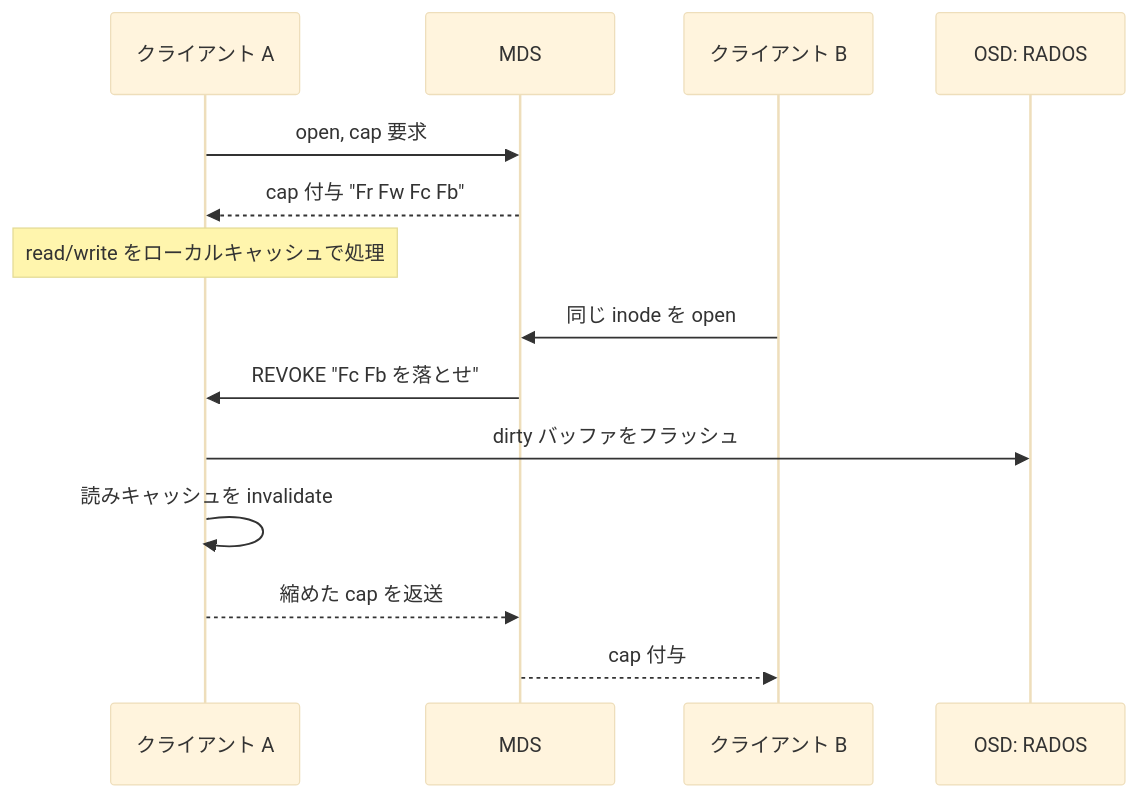
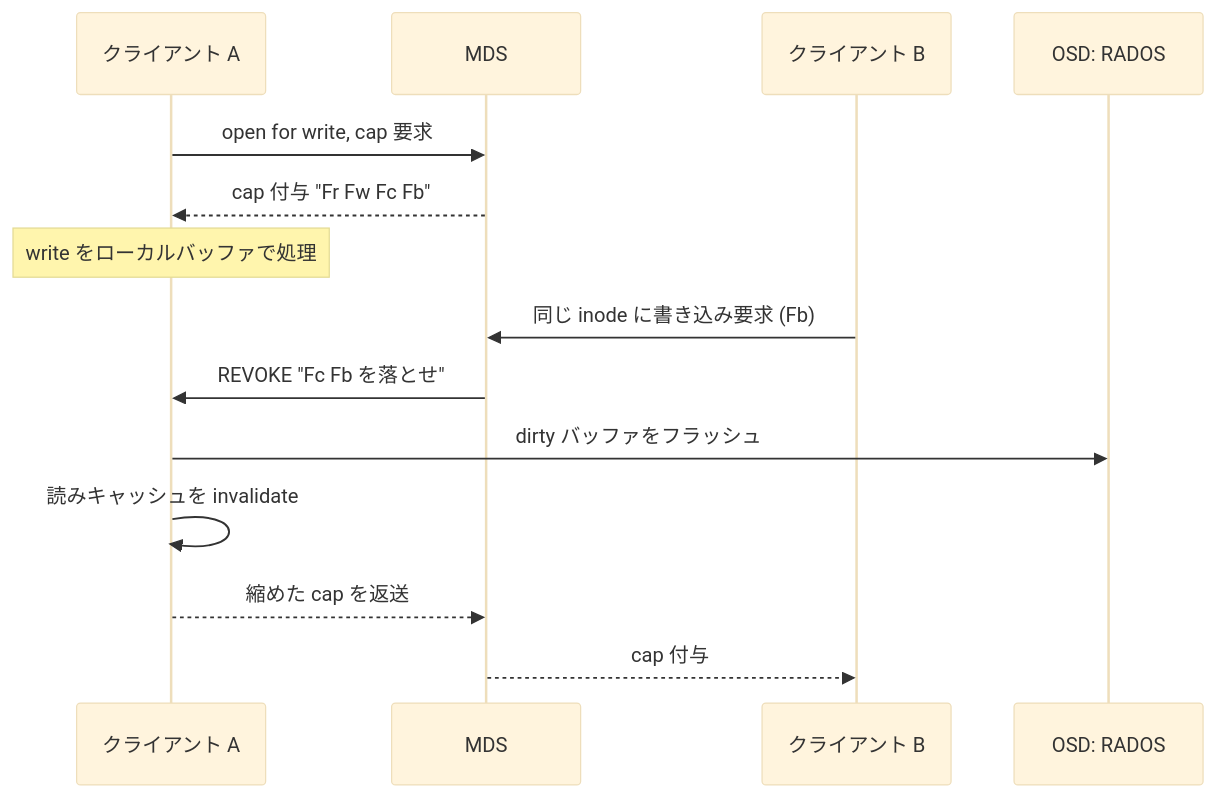
The second of 2 diagrams in ceph/part07-clients/25-cephfs-client.md (miyamadoKL/source-code-reading), drawn with Mermaid (base theme) before and after one commit. The commit also changed other lines of this file and 1 other file, not shown here.

Commit message:
codex 再レビュー指摘を反映(導入部と図の旧説明を訂正)
- ch21: 章冒頭と blob 切り分け節に残っていた「小→deferred/大→direct」
  の帰属を、全 blob 合算 data_size による単一判定へ言い換え。
- ch25: 導入部と sequenceDiagram の「同じ inode を要求→revoke」を、
  非互換な cap(書き込み Fb)の要求に限定。read cache 共有と整合。

````diff
--- a/ceph/part07-clients/25-cephfs-client.md
+++ b/ceph/part07-clients/25-cephfs-client.md
@@ -324,16 +324,16 @@
 ```mermaid
 sequenceDiagram
   participant A as クライアント A
   participant M as MDS
   participant B as クライアント B
   participant O as OSD: RADOS
-  A->>M: open, cap 要求
+  A->>M: open for write, cap 要求
   M-->>A: cap 付与 "Fr Fw Fc Fb"
-  Note over A: read/write をローカルキャッシュで処理
-  B->>M: 同じ inode を open
+  Note over A: write をローカルバッファで処理
+  B->>M: 同じ inode に書き込み要求 (Fb)
   M->>A: REVOKE "Fc Fb を落とせ"
   A->>O: dirty バッファをフラッシュ
   A->>A: 読みキャッシュを invalidate
   A-->>M: 縮めた cap を返送
   M-->>B: cap 付与
 ```
````
